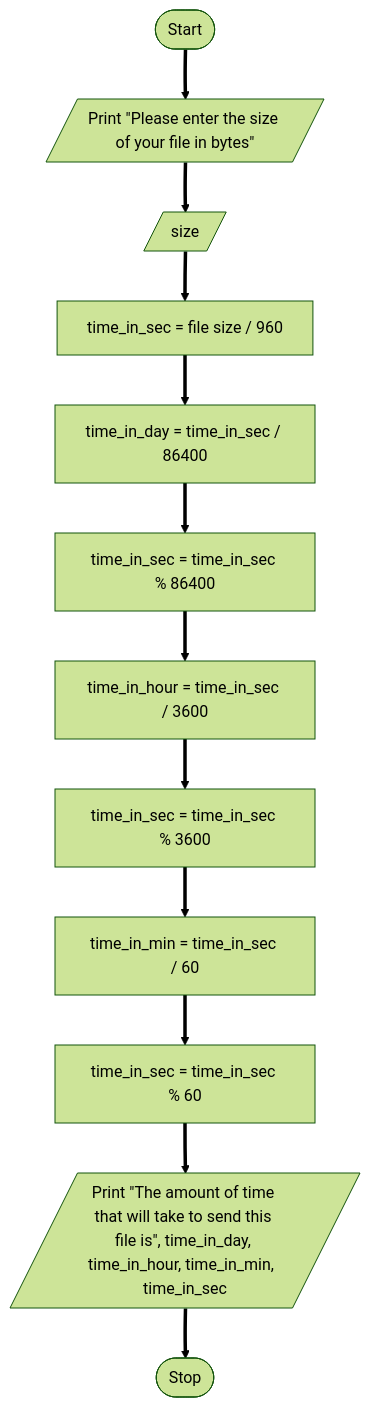
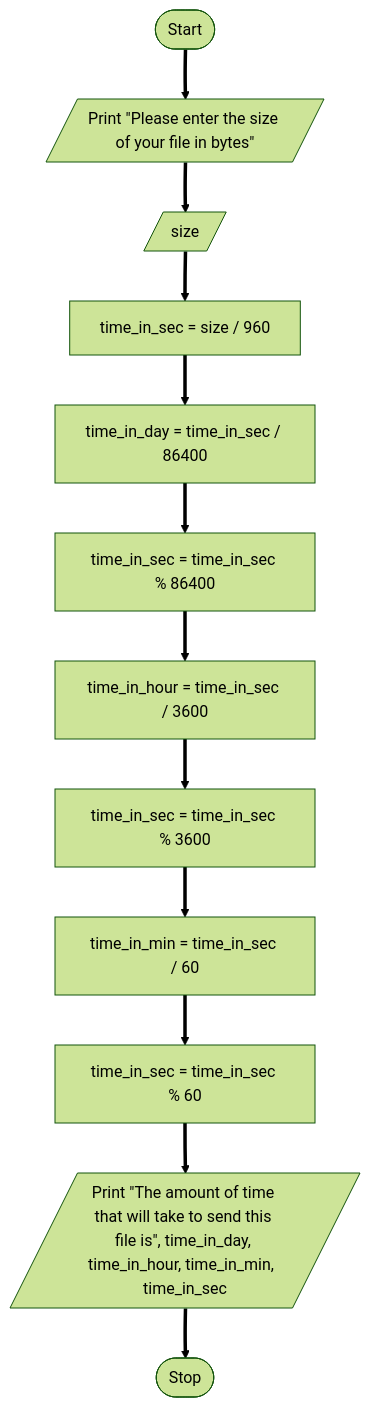
One commit to SWEG-2016EC-Batch/The-5-Bits changed the diagram in ETS0831_Kidus_Tessema/Bytes.md. Above: the diagram before and after it, drawn with Mermaid (forest theme).

````diff
--- a/ETS0831_Kidus_Tessema/Bytes.md
+++ b/ETS0831_Kidus_Tessema/Bytes.md
@@ -28,15 +28,15 @@
 ```mermaid
 flowchart TD
 id1([Start])
 id1 ==> id2[/Print "Please enter the size of your file in bytes"/]
 id2 ==> id3[/size/]
-id3 ==> id4["time_in_sec = file size / 960"]
+id3 ==> id4["time_in_sec = size / 960"]
 id4 ==> id5["time_in_day = time_in_sec / 86400"]
 id5 ==> id6["time_in_sec = time_in_sec % 86400"]
 id6 ==> id7["time_in_hour = time_in_sec / 3600"]
 id7 ==> id8["time_in_sec = time_in_sec % 3600"]
 id8 ==> id9["time_in_min = time_in_sec / 60"]
 id9 ==> id10["time_in_sec = time_in_sec % 60"]
 id10 ==> id11[/Print "The amount of time that will take to send this file is", time_in_day, time_in_hour, time_in_min,  time_in_sec/]
 id11 ==> id12([Stop])
 ```
````
